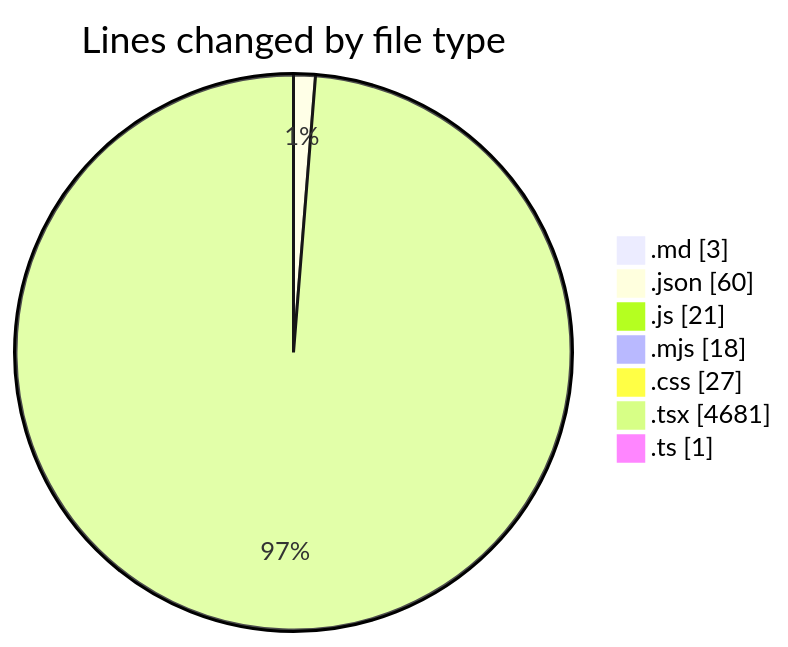
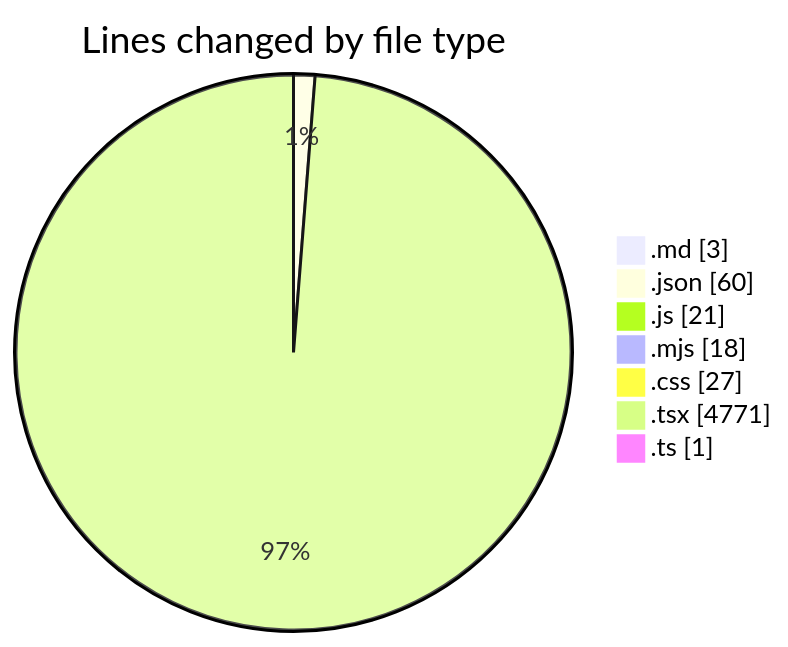
Before and after one commit to Ritupan-Deka/code-tracking: the first of 2 diagrams in 2025-06-18/scopesketch-app/README.md, drawn with Mermaid. The commit also changed other lines of this file and 1 other file, not shown here.

````diff
--- a/2025-06-18/scopesketch-app/README.md
+++ b/2025-06-18/scopesketch-app/README.md
@@ -31,11 +31,11 @@
 ```mermaid
 pie showData
 title Lines changed by file type
 ".md" : 3
 ".json" : 60
 ".js" : 21
 ".mjs" : 18
 ".css" : 27
-".tsx" : 4681
+".tsx" : 4771
 ".ts" : 1
 ```
````
